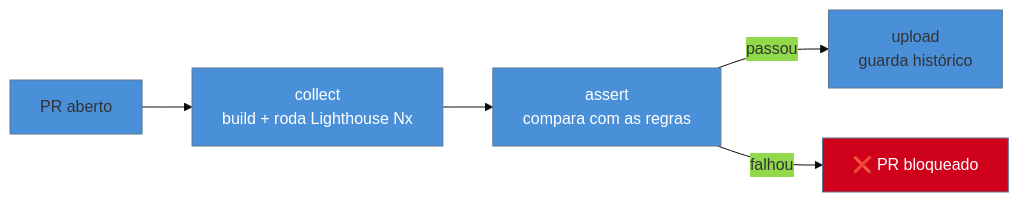
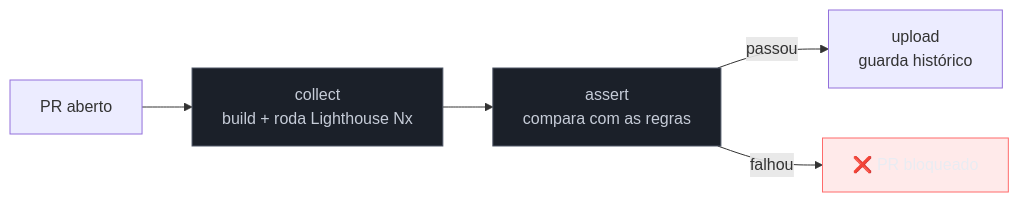
Before and after one commit to josenaldo/codex-technomanticus: the diagram in 03-Dominios/Tecnologia/Web Performance/Performance em Produção/01 - Do lab ao CI - Lighthouse CI.md, drawn with Mermaid. The commit also changed 1181 other files, not shown here.

First line of the commit message:
fix(diagramas): paleta do sistema no lugar de cor cravada no markdown

````diff
--- a/03-Dominios/Tecnologia/Web Performance/Performance em Produção/01 - Do lab ao CI - Lighthouse CI.md
+++ b/03-Dominios/Tecnologia/Web Performance/Performance em Produção/01 - Do lab ao CI - Lighthouse CI.md
@@ -31,11 +31,12 @@
 ```mermaid
-%%{init: {"theme": "base", "themeVariables": {"primaryColor": "#4A90D9"}}}%%
 graph LR
+    classDef neutro fill:#1B2029,stroke:#4E5666,color:#C6CCD8
+    classDef falha fill:#FF6B6B24,stroke:#FF6B6B,color:#E9ECF2
     A[PR aberto] --> B["collect<br/>build + roda Lighthouse Nx"]
     B --> C["assert<br/>compara com as regras"]
     C -->|passou| D["upload<br/>guarda histórico"]
     C -->|falhou| E[❌ PR bloqueado]
-    style B fill:#4A90D9,color:#fff
-    style C fill:#4A90D9,color:#fff
-    style E fill:#D0021B,color:#fff
+    class B neutro
+    class C neutro
+    class E falha
 ```
````
